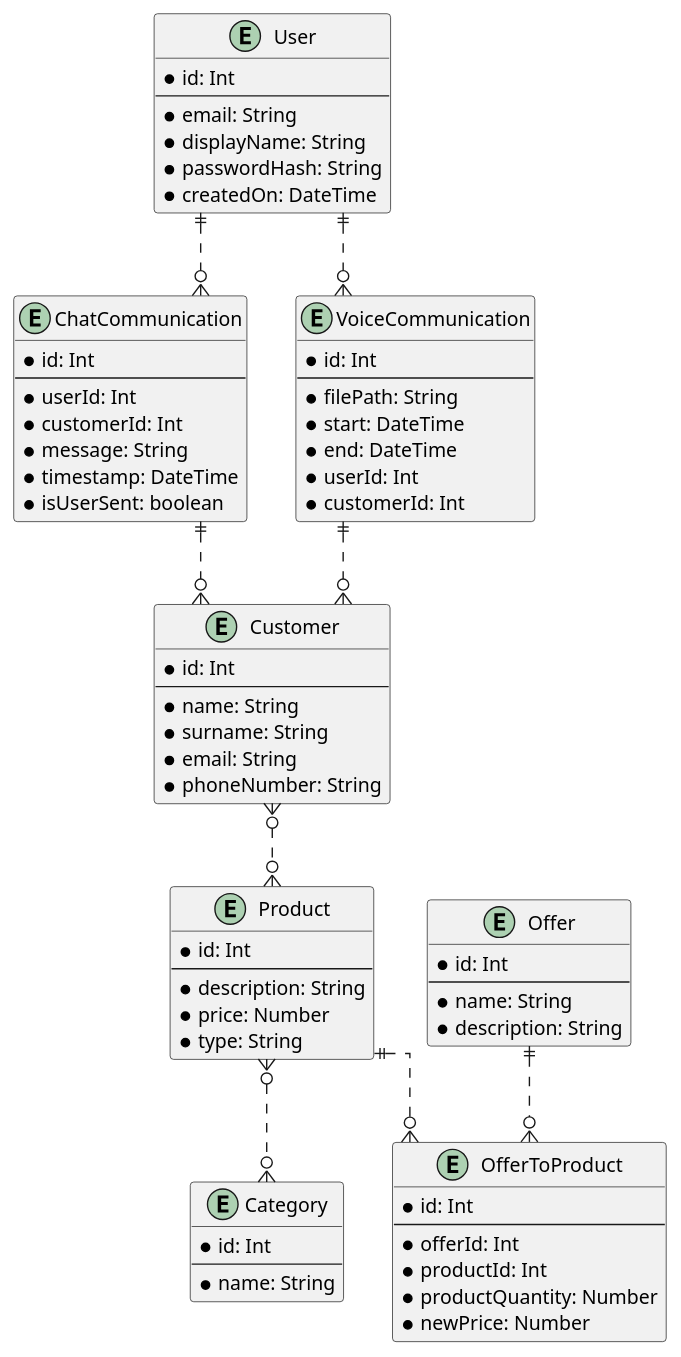
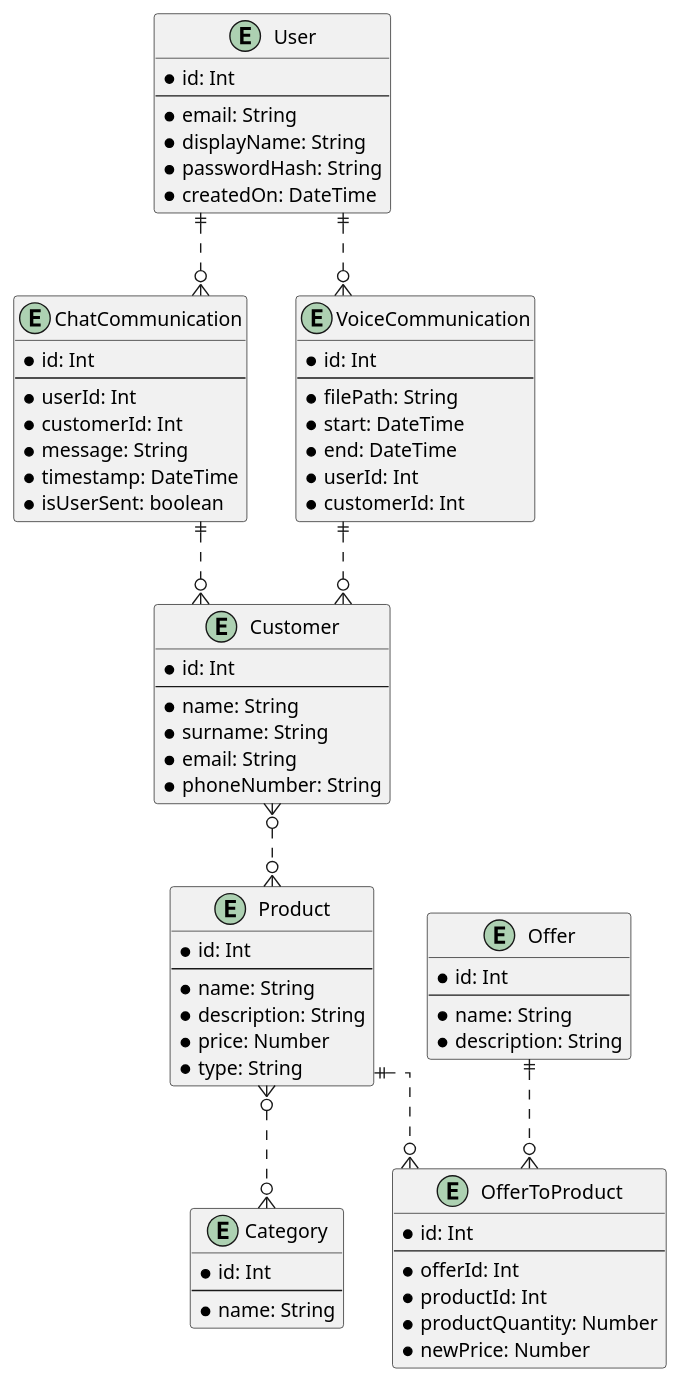
The diagram in backend/diagram/diagram.puml (MichTak02/PB138-project-customer-support), drawn with PlantUML before and after one commit. The commit also changed 3 other files, not shown here.

Commit message:
fix: diagram and prisma fix

```diff
--- a/backend/diagram/diagram.puml
+++ b/backend/diagram/diagram.puml
@@ -1,83 +1,84 @@
 @startuml
 
 skinparam linetype ortho
 
 entity User {
   * id: Int
   --
   * email: String
   * displayName: String
   * passwordHash: String
   * createdOn: DateTime
 }
 
 
 entity Customer {
   * id: Int
   --
   * name: String
   * surname: String
   * email: String
   * phoneNumber: String
 }
 
 entity Product {
   * id: Int
   --
+  * name: String
   * description: String
   * price: Number
   * type: String
 }
 
 entity Category {
     * id: Int
     --
     * name: String
 }
 
 entity Offer {
   * id: Int
   --
   * name: String
   * description: String
 }
 
 entity OfferToProduct {
   * id: Int
   --
   * offerId: Int
   * productId: Int
   * productQuantity: Number
   * newPrice: Number
 }
 
 entity ChatCommunication {
   * id: Int
   --
   * userId: Int
   * customerId: Int
   * message: String
   * timestamp: DateTime
   * isUserSent: boolean
 }
 
 entity VoiceCommunication {
   * id: Int
   --
   * filePath: String
   * start: DateTime
   * end: DateTime
   * userId: Int
   * customerId: Int
 }
 
 Product }o..o{ Category
 Offer ||..o{ OfferToProduct
 Product ||..o{ OfferToProduct
 Customer }o..o{ Product
 User ||..o{ VoiceCommunication
 User ||..o{ ChatCommunication
 VoiceCommunication ||..o{ Customer
 ChatCommunication ||..o{ Customer
 
 @enduml
```
